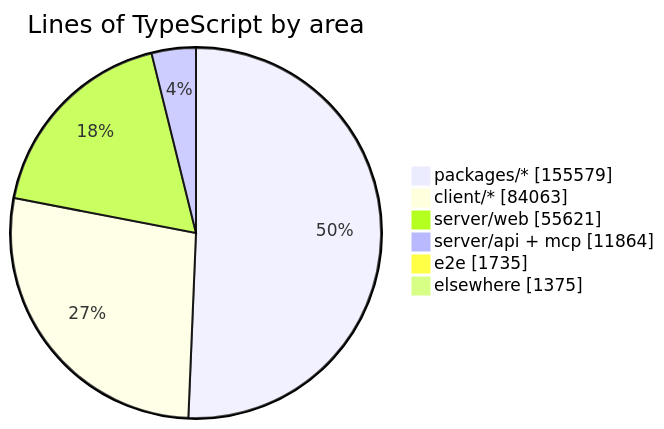
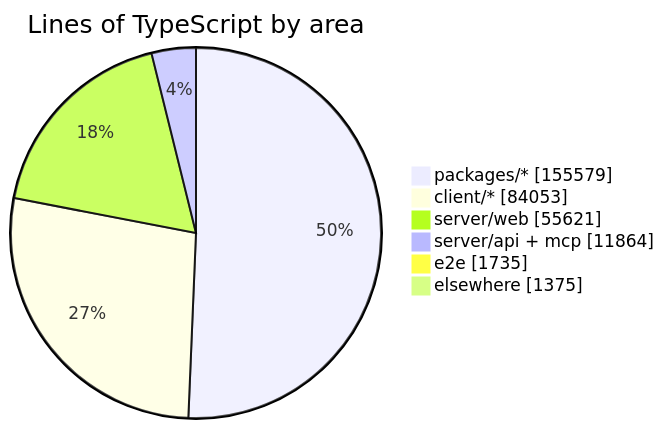
One commit to crossworks-engineering/mantle changed the diagram in README.md. Above: the diagram before and after it, drawn with Mermaid. The commit also changed other lines of this file and 4 other files, not shown here.

````diff
--- a/README.md
+++ b/README.md
@@ -279,9 +279,9 @@
 ```mermaid
 pie showData title Lines of TypeScript by area
     "packages/*" : 155579
-    "client/*" : 84063
+    "client/*" : 84053
     "server/web" : 55621
     "server/api + mcp" : 11864
     "e2e" : 1735
     "elsewhere" : 1375
 ```
````
